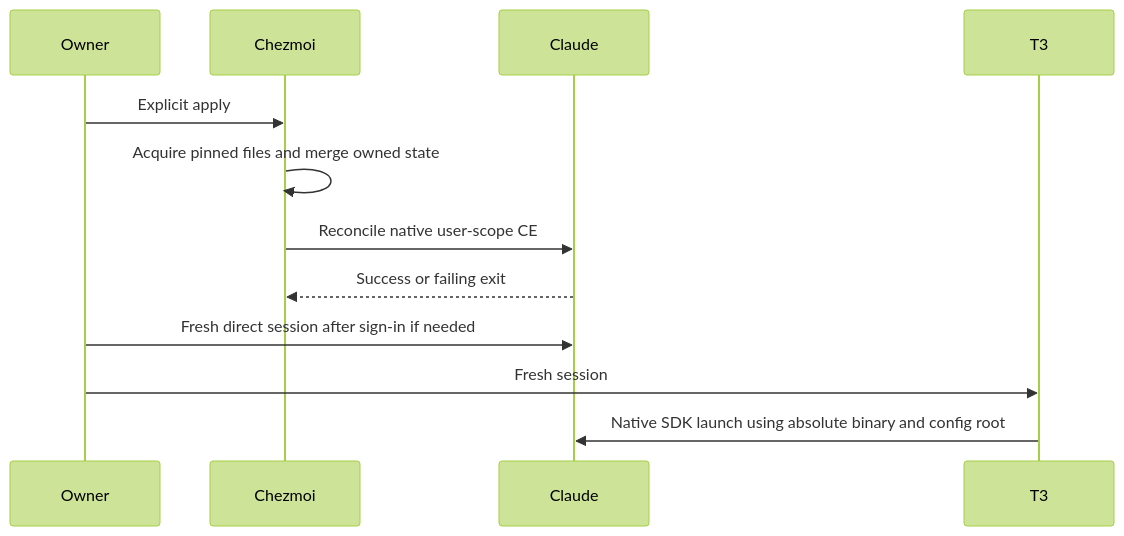
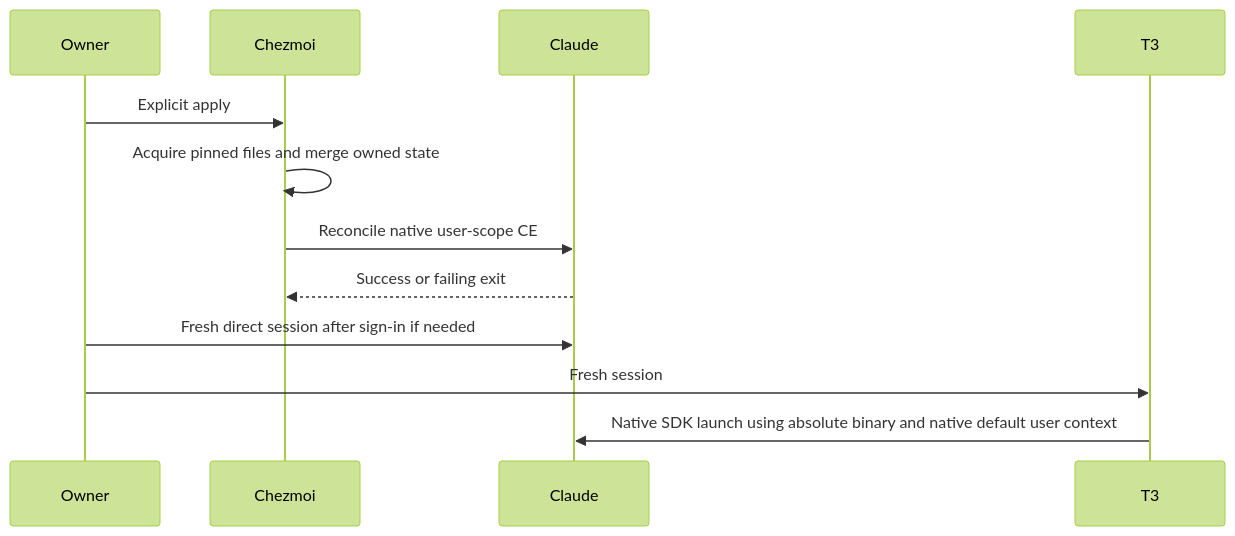
Before and after one commit to hyperlapse122/dotfiles: the third of 3 diagrams in .compound-engineering/artifacts/plans/2026-11-05-1611-feat-claude-code-managed-harness-plan.md, drawn with Mermaid (forest theme). The commit also changed other lines of this file and 8 other files, not shown here.

````diff
--- a/.compound-engineering/artifacts/plans/2026-11-05-1611-feat-claude-code-managed-harness-plan.md
+++ b/.compound-engineering/artifacts/plans/2026-11-05-1611-feat-claude-code-managed-harness-plan.md
@@ -161,14 +161,14 @@
 ```mermaid
 sequenceDiagram
   participant Owner
   participant Chezmoi
   participant Claude
   participant T3
   Owner->>Chezmoi: Explicit apply
   Chezmoi->>Chezmoi: Acquire pinned files and merge owned state
   Chezmoi->>Claude: Reconcile native user-scope CE
   Claude-->>Chezmoi: Success or failing exit
   Owner->>Claude: Fresh direct session after sign-in if needed
   Owner->>T3: Fresh session
-  T3->>Claude: Native SDK launch using absolute binary and config root
+  T3->>Claude: Native SDK launch using absolute binary and native default user context
 ```
````
